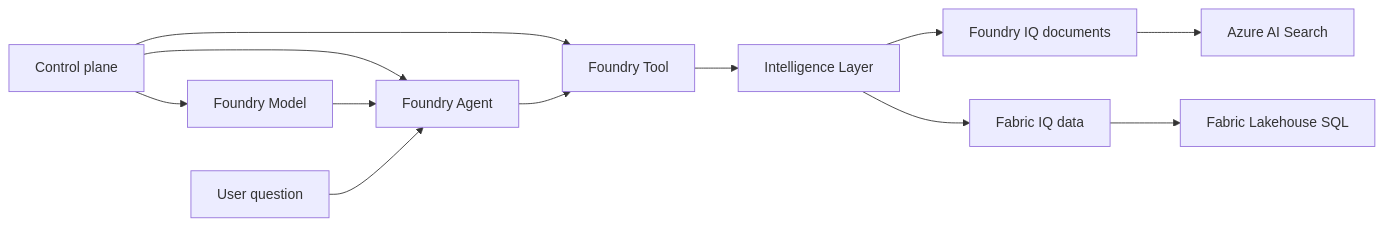
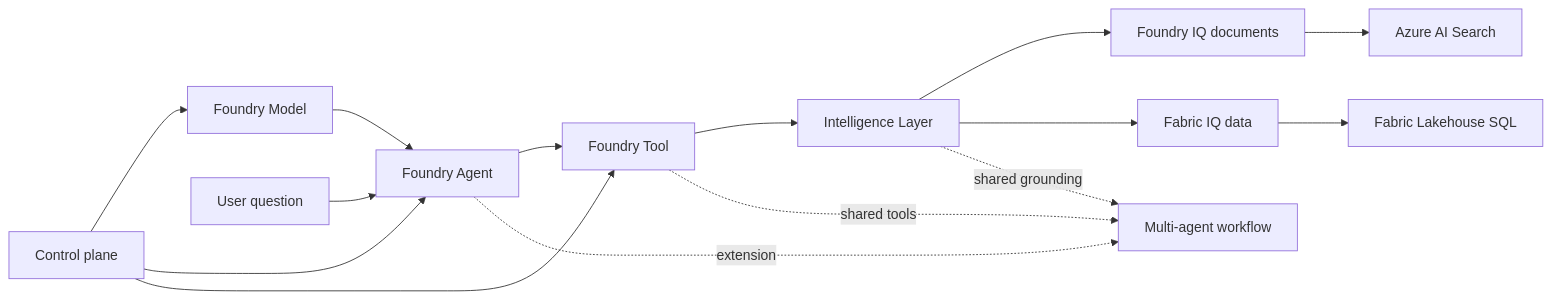
Before and after one commit to payton-chou-ms/e2e-ms-foundry-workshop: the diagram in workshop/docs/03-understand/index.md, drawn with Mermaid. The commit also changed other lines of this file and 54 other files, not shown here.

Commit message:
docs(workshop): localize docs and add multi-agent deep dive

````diff
--- a/workshop/docs/03-understand/index.md
+++ b/workshop/docs/03-understand/index.md
@@ -21,14 +22,17 @@
 ```mermaid
 flowchart LR
     C[Control plane] --> M[Foundry Model]
     C --> A[Foundry Agent]
     C --> T[Foundry Tool]
     M --> A
     A --> T
     T --> IQ[Intelligence Layer]
     IQ --> FIQ[Foundry IQ documents]
     IQ --> DB[Fabric IQ data]
     FIQ --> S[Azure AI Search]
     DB --> L[Fabric Lakehouse SQL]
+    A -. extension .-> MA[Multi-agent workflow]
+    T -. shared tools .-> MA
+    IQ -. shared grounding .-> MA
     U[User question] --> A
 ```
````
